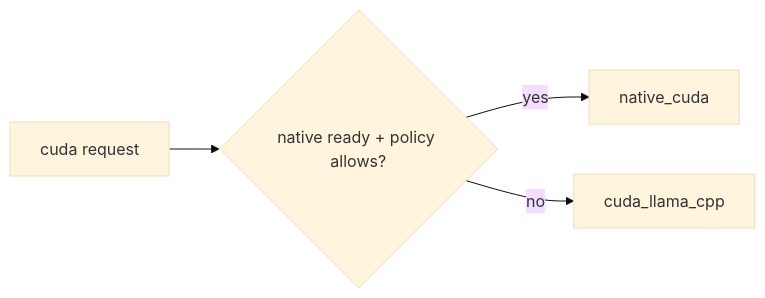
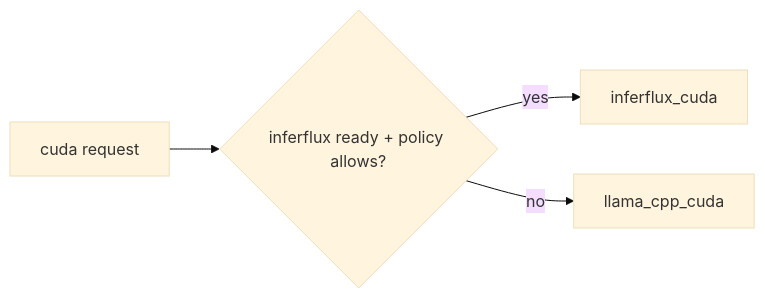
Before and after one commit to vjsingh1984/inferflux: the third of 3 diagrams in docs/Architecture.md, drawn with Mermaid (base theme). The commit also changed other lines of this file and 98 other files, not shown here.

````diff
--- a/docs/Architecture.md
+++ b/docs/Architecture.md
@@ -95,6 +95,6 @@
 ```mermaid
 flowchart LR
-    A[cuda request] --> B{native ready + policy allows?}
-    B -->|yes| C[native_cuda]
-    B -->|no| D[cuda_llama_cpp]
+    A[cuda request] --> B{inferflux ready + policy allows?}
+    B -->|yes| C[inferflux_cuda]
+    B -->|no| D[llama_cpp_cuda]
 ```
````
